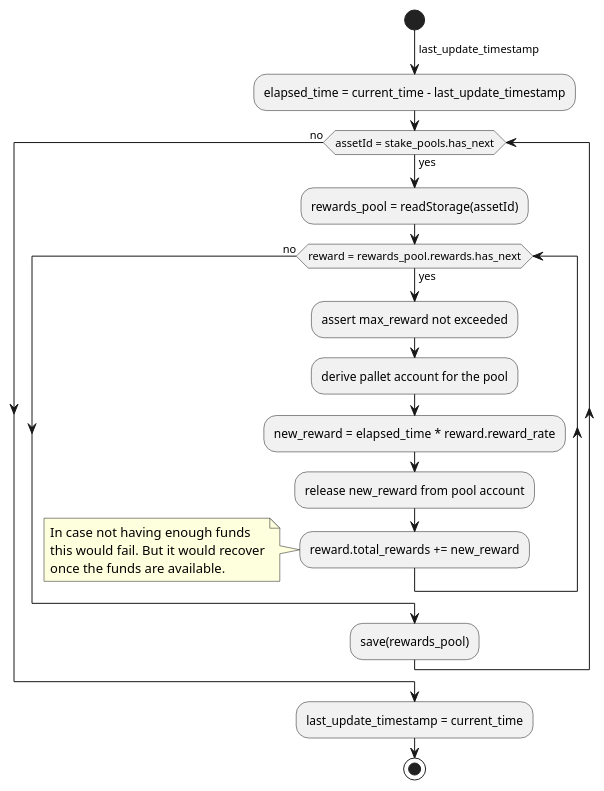
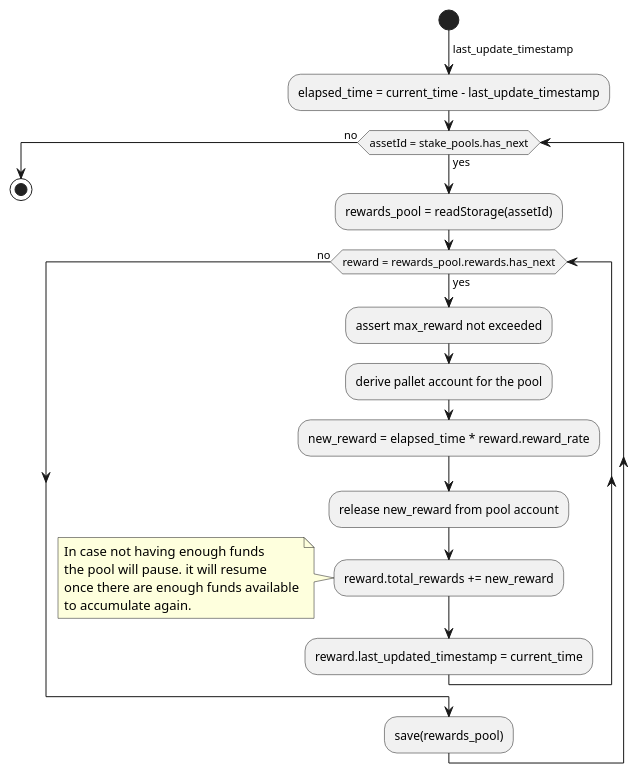
The tenth of 11 diagrams in rfcs/0005-pablo-distribution-assets/0005-pablo-distribution.adoc (ComposableFi/composable), drawn with PlantUML before and after one commit. The commit also changed other lines of this file and 8 other files, not shown here.

```diff
--- a/rfcs/0005-pablo-distribution-assets/0005-pablo-distribution.adoc
+++ b/rfcs/0005-pablo-distribution-assets/0005-pablo-distribution.adoc
@@ -548,24 +532,26 @@
 [plantuml,images/staking-rewards-reward-accumulation-hook,png]
 ----
 start
 ->last_update_timestamp;
 :elapsed_time = current_time - last_update_timestamp;
 while (assetId = stake_pools.has_next) is (yes)
     :rewards_pool = readStorage(assetId);
     while (reward = rewards_pool.rewards.has_next) is (yes)
         :assert max_reward not exceeded;
         :derive pallet account for the pool;
         :new_reward = elapsed_time * reward.reward_rate;
         :release new_reward from pool account;
         :reward.total_rewards += new_reward;
         note left
             In case not having enough funds
-            this would fail. But it would recover
-            once the funds are available.
+            the pool will pause. it will resume
+            once there are enough funds available
+            to accumulate again.
         endnote
+        :reward.last_updated_timestamp = current_time;
     endwhile (no)
     :save(rewards_pool);
 endwhile (no)
-:last_update_timestamp = current_time;
+
 stop
 ----
```
